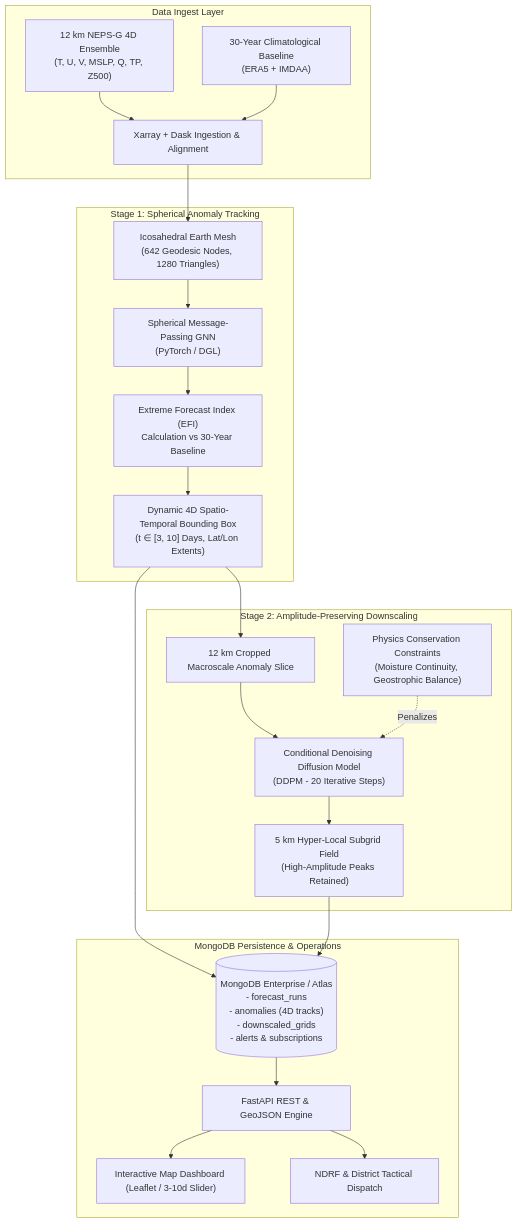
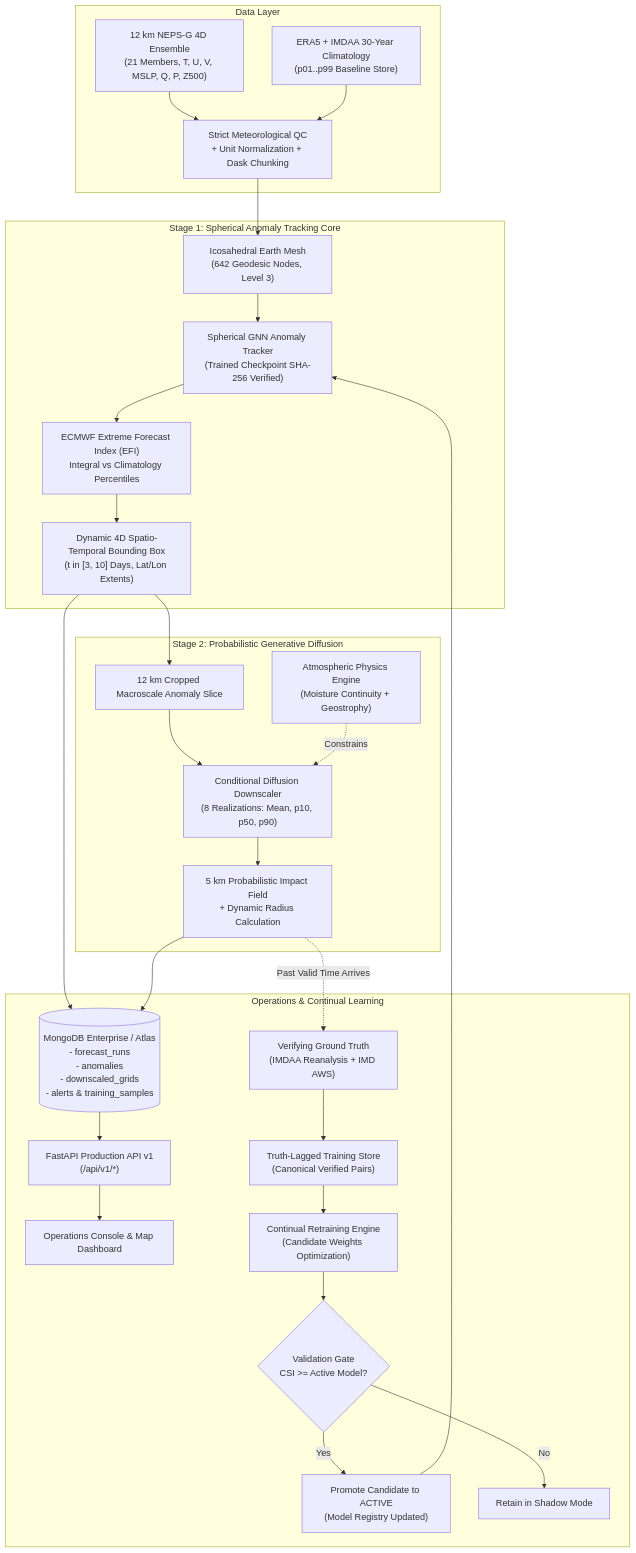
Before and after one commit to rguptaprofile/MAUSAM---Medium-range-AI-for-Understanding-Severe-Atmospheric-Movements: the diagram in README.md, drawn with Mermaid. The commit also changed other lines of this file and 59 other files, not shown here.

First line of the commit message:
Add SIH26078 v1 API and learning loop

````diff
--- a/README.md
+++ b/README.md
@@ -68,29 +102,36 @@
 ```mermaid
 flowchart TD
-    subgraph Data Ingest Layer
-        D1["12 km NEPS-G 4D Ensemble\n(T, U, V, MSLP, Q, TP, Z500)"] --> PRE["Xarray + Dask Ingestion & Alignment"]
-        D2["30-Year Climatological Baseline\n(ERA5 + IMDAA)"] --> PRE
+    subgraph Data Layer
+        A1["12 km NEPS-G 4D Ensemble\n(21 Members, T, U, V, MSLP, Q, P, Z500)"] --> QC["Strict Meteorological QC\n+ Unit Normalization + Dask Chunking"]
+        A2["ERA5 + IMDAA 30-Year Climatology\n(p01..p99 Baseline Store)"] --> QC
     end
 
-    subgraph Stage 1: Spherical Anomaly Tracking
-        PRE --> MESH["Icosahedral Earth Mesh\n(642 Geodesic Nodes, 1280 Triangles)"]
-        MESH --> GNN["Spherical Message-Passing GNN\n(PyTorch / DGL)"]
-        GNN --> EFI["Extreme Forecast Index (EFI)\nCalculation vs 30-Year Baseline"]
-        EFI --> BBOX["Dynamic 4D Spatio-Temporal Bounding Box\n(t ∈ [3, 10] Days, Lat/Lon Extents)"]
+    subgraph Stage 1: Spherical Anomaly Tracking Core
+        QC --> MESH["Icosahedral Earth Mesh\n(642 Geodesic Nodes, Level 3)"]
+        MESH --> GNN["Spherical GNN Anomaly Tracker\n(Trained Checkpoint SHA-256 Verified)"]
+        GNN --> EFI["ECMWF Extreme Forecast Index (EFI)\nIntegral vs Climatology Percentiles"]
+        EFI --> BBOX["Dynamic 4D Spatio-Temporal Bounding Box\n(t in [3, 10] Days, Lat/Lon Extents)"]
     end
 
-    subgraph Stage 2: Amplitude-Preserving Downscaling
+    subgraph Stage 2: Probabilistic Generative Diffusion
         BBOX --> CROP["12 km Cropped Macroscale Anomaly Slice"]
-        CROP --> DIFF["Conditional Denoising Diffusion Model\n(DDPM - 20 Iterative Steps)"]
-        PHYS["Physics Conservation Constraints\n(Moisture Continuity, Geostrophic Balance)"] -. Penalizes .-> DIFF
-        DIFF --> FIELD["5 km Hyper-Local Subgrid Field\n(High-Amplitude Peaks Retained)"]
+        CROP --> DIFF["Conditional Diffusion Downscaler\n(8 Realizations: Mean, p10, p50, p90)"]
+        PHYS["Atmospheric Physics Engine\n(Moisture Continuity + Geostrophy)"] -. Constrains .-> DIFF
+        DIFF --> FIELD["5 km Probabilistic Impact Field\n+ Dynamic Radius Calculation"]
     end
 
-    subgraph MongoDB Persistence & Operations
-        BBOX --> DB[("MongoDB Enterprise / Atlas\n- forecast_runs\n- anomalies (4D tracks)\n- downscaled_grids\n- alerts & subscriptions")]
-        FIELD --> DB
-        DB --> API["FastAPI REST & GeoJSON Engine"]
-        API --> DASH["Interactive Map Dashboard (Leaflet / 3-10d Slider)"]
-        API --> NDRF["NDRF & District Tactical Dispatch"]
+    subgraph Operations & Continual Learning
+        BBOX & FIELD --> DB[("MongoDB Enterprise / Atlas\n- forecast_runs\n- anomalies\n- downscaled_grids\n- alerts & training_samples")]
+        DB --> API["FastAPI Production API v1\n(/api/v1/*)"]
+        API --> UI["Operations Console & Map Dashboard"]
+        
+        %% Continual Learning Loop
+        FIELD -. Past Valid Time Arrives .-> VERIF["Verifying Ground Truth\n(IMDAA Reanalysis + IMD AWS)"]
+        VERIF --> STORE["Truth-Lagged Training Store\n(Canonical Verified Pairs)"]
+        STORE --> RETRAIN["Continual Retraining Engine\n(Candidate Weights Optimization)"]
+        RETRAIN --> GATE{"Validation Gate\nCSI >= Active Model?"}
+        GATE -- Yes --> PROMOTE["Promote Candidate to ACTIVE\n(Model Registry Updated)"]
+        GATE -- No --> SHADOW["Retain in Shadow Mode"]
+        PROMOTE --> GNN
     end
 ```
````
